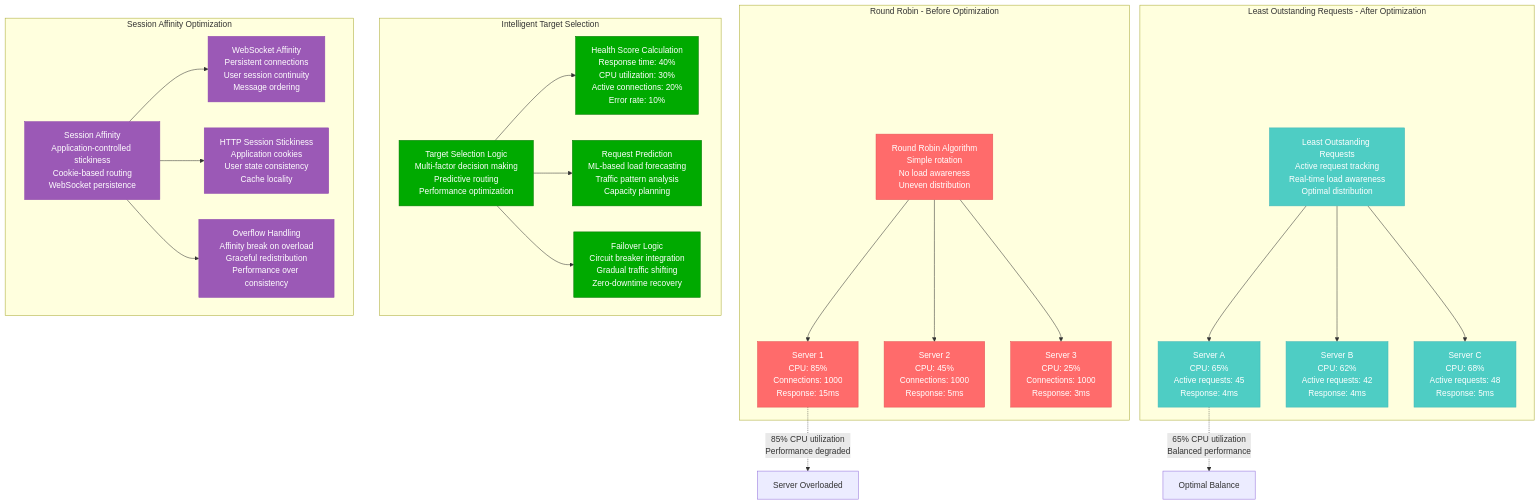
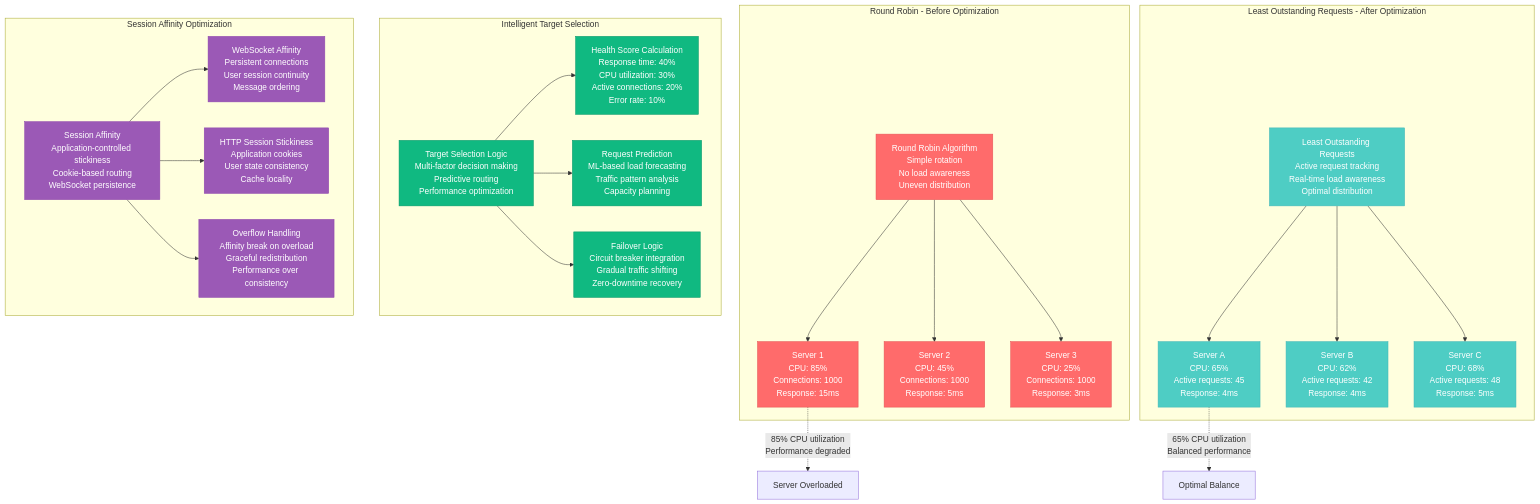
One commit to deepaucksharma/DS changed the second of 5 diagrams in site/docs/performance/aws-alb-optimization.md. Above: the diagram before and after it, drawn with Mermaid. The commit also changed other lines of this file and 303 other files, not shown here.

````diff
--- a/site/docs/performance/aws-alb-optimization.md
+++ b/site/docs/performance/aws-alb-optimization.md
@@ -64,45 +64,45 @@
 ```mermaid
 graph TB
     subgraph "Round Robin - Before Optimization"
         RoundRobin[Round Robin Algorithm<br/>Simple rotation<br/>No load awareness<br/>Uneven distribution]
         RoundRobin --> Server1[Server 1<br/>CPU: 85%<br/>Connections: 1000<br/>Response: 15ms]
         RoundRobin --> Server2[Server 2<br/>CPU: 45%<br/>Connections: 1000<br/>Response: 5ms]
         RoundRobin --> Server3[Server 3<br/>CPU: 25%<br/>Connections: 1000<br/>Response: 3ms]
     end
 
     subgraph "Least Outstanding Requests - After Optimization"
         LOR[Least Outstanding Requests<br/>Active request tracking<br/>Real-time load awareness<br/>Optimal distribution]
         LOR --> ServerA[Server A<br/>CPU: 65%<br/>Active requests: 45<br/>Response: 4ms]
         LOR --> ServerB[Server B<br/>CPU: 62%<br/>Active requests: 42<br/>Response: 4ms]
         LOR --> ServerC[Server C<br/>CPU: 68%<br/>Active requests: 48<br/>Response: 5ms]
     end
 
     subgraph "Intelligent Target Selection"
         Selection[Target Selection Logic<br/>Multi-factor decision making<br/>Predictive routing<br/>Performance optimization]
         Selection --> HealthScore[Health Score Calculation<br/>Response time: 40%<br/>CPU utilization: 30%<br/>Active connections: 20%<br/>Error rate: 10%]
         Selection --> Prediction[Request Prediction<br/>ML-based load forecasting<br/>Traffic pattern analysis<br/>Capacity planning]
         Selection --> Failover[Failover Logic<br/>Circuit breaker integration<br/>Gradual traffic shifting<br/>Zero-downtime recovery]
     end
 
     subgraph "Session Affinity Optimization"
         Affinity[Session Affinity<br/>Application-controlled stickiness<br/>Cookie-based routing<br/>WebSocket persistence]
         Affinity --> WebSocket[WebSocket Affinity<br/>Persistent connections<br/>User session continuity<br/>Message ordering]
         Affinity --> HTTP[HTTP Session Stickiness<br/>Application cookies<br/>User state consistency<br/>Cache locality]
         Affinity --> Overflow[Overflow Handling<br/>Affinity break on overload<br/>Graceful redistribution<br/>Performance over consistency]
     end
 
     %% Load distribution comparison
     Server1 -.->|"85% CPU utilization<br/>Performance degraded"| Overloaded[Server Overloaded]
     ServerA -.->|"65% CPU utilization<br/>Balanced performance"| Balanced[Optimal Balance]
 
     %% Apply styles
     classDef oldStyle fill:#FF6B6B,stroke:#E55555,color:#fff
     classDef newStyle fill:#4ECDC4,stroke:#45B7B8,color:#fff
-    classDef intelligentStyle fill:#00AA00,stroke:#007700,color:#fff
+    classDef intelligentStyle fill:#10B981,stroke:#059669,color:#fff
     classDef affinityStyle fill:#9B59B6,stroke:#8E44AD,color:#fff
 
     class RoundRobin,Server1,Server2,Server3 oldStyle
     class LOR,ServerA,ServerB,ServerC newStyle
     class Selection,HealthScore,Prediction,Failover intelligentStyle
     class Affinity,WebSocket,HTTP,Overflow affinityStyle
 ```
````
